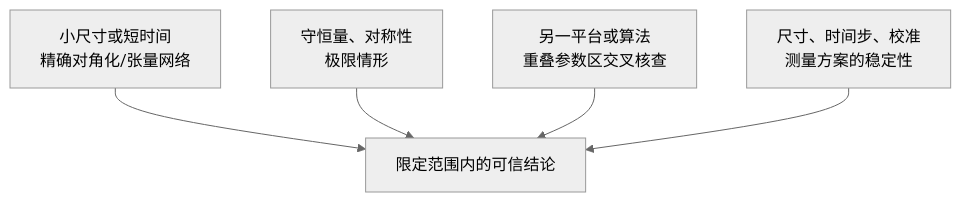
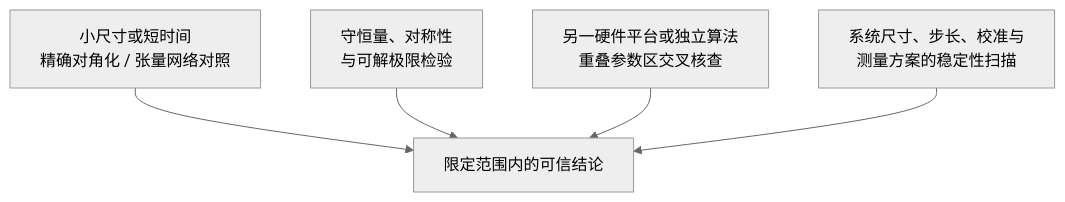
One commit to nanless/quantum-computing-handbook changed the third of 3 diagrams in handbook/16-advanced-algorithms-verification.md. Above: the diagram before and after it, drawn with Mermaid (neutral theme). The commit also changed other lines of this file and 386 other files, not shown here.

````diff
--- a/handbook/16-advanced-algorithms-verification.md
+++ b/handbook/16-advanced-algorithms-verification.md
@@ -930,7 +1813,7 @@
 ```mermaid
 flowchart TD
-  A["小尺寸或短时间<br/>精确对角化/张量网络"] --> E[限定范围内的可信结论]
-  B["守恒量、对称性<br/>极限情形"] --> E
-  C["另一平台或算法<br/>重叠参数区交叉核查"] --> E
-  D["尺寸、时间步、校准<br/>测量方案的稳定性"] --> E
+  A["小尺寸或短时间<br/>精确对角化 / 张量网络对照"] --> E["限定范围内的可信结论"]
+  B["守恒量、对称性<br/>与可解极限检验"] --> E
+  C["另一硬件平台或独立算法<br/>重叠参数区交叉核查"] --> E
+  D["系统尺寸、步长、校准与<br/>测量方案的稳定性扫描"] --> E
 ```
````
